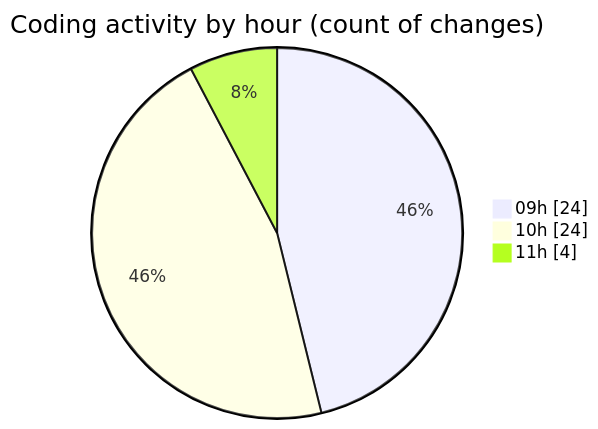
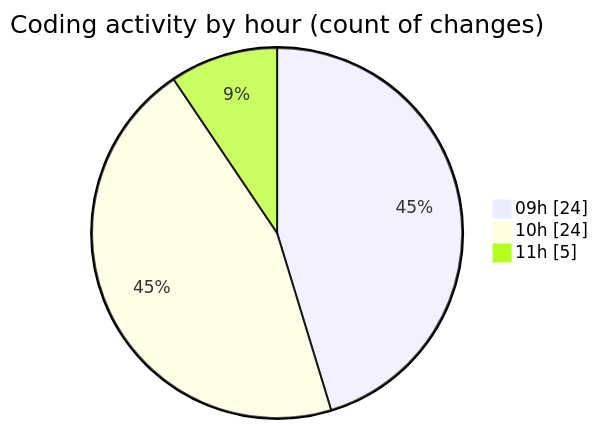
The second of 2 diagrams in 2026-02-09/cda/README.md (momahboobian/code-tracking), drawn with Mermaid before and after one commit. The commit also changed other lines of this file and 1 other file, not shown here.

````diff
--- a/2026-02-09/cda/README.md
+++ b/2026-02-09/cda/README.md
@@ -48,7 +48,7 @@
 ```mermaid
 pie showData
 title Coding activity by hour (count of changes)
 "09h" : 24
 "10h" : 24
-"11h" : 4
+"11h" : 5
 ```
````
